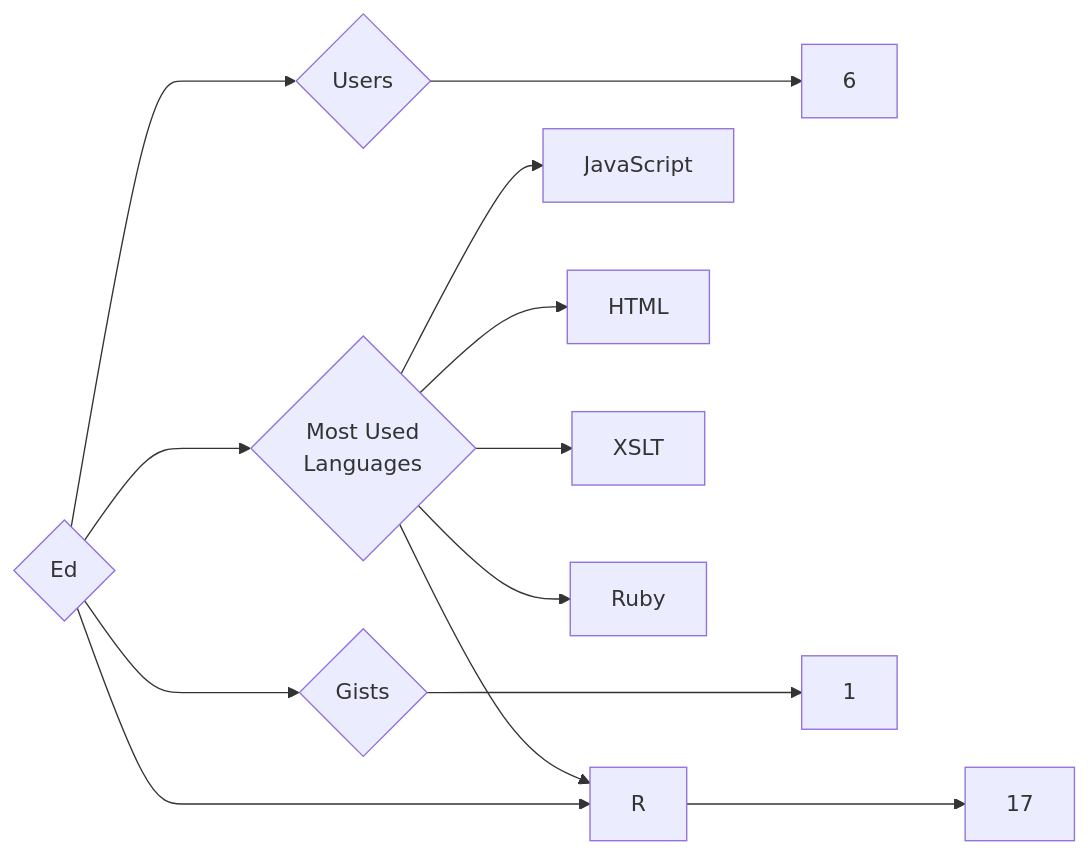
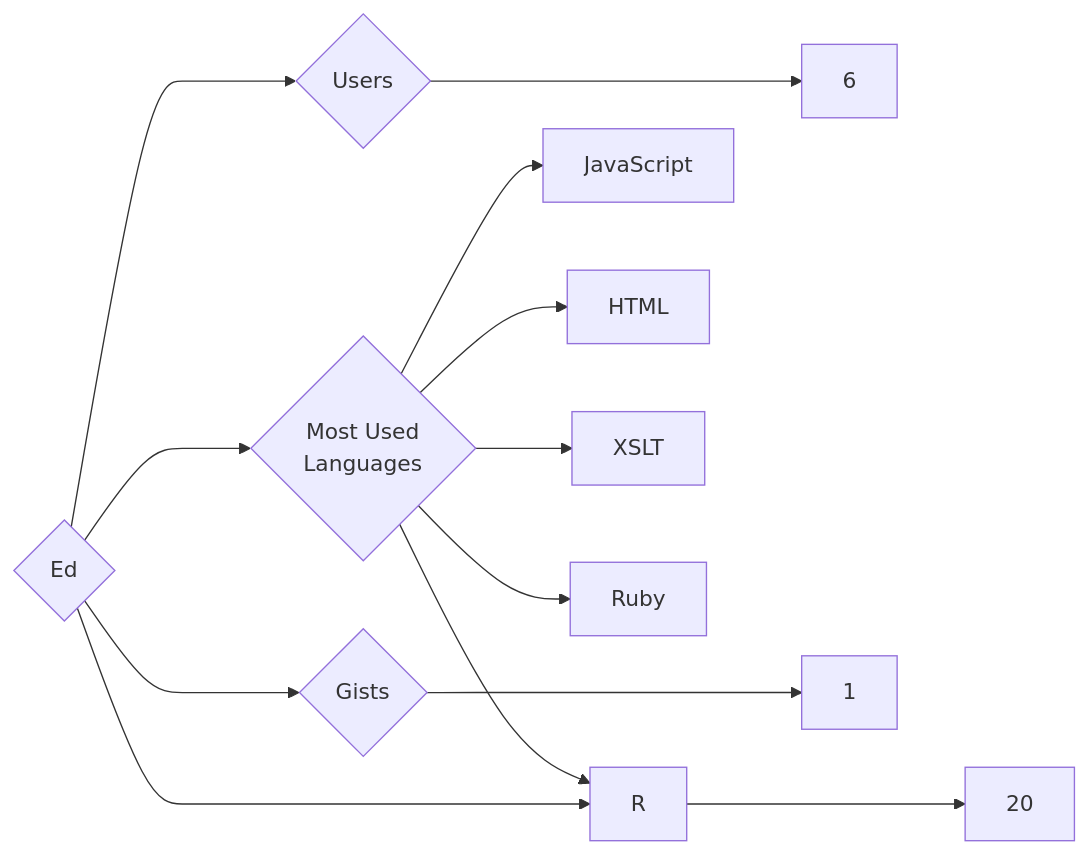
The diagram in targets/Ed/README.md (trickest/insiders), drawn with Mermaid before and after one commit. The commit also changed 933 other files, not shown here.

````diff
--- a/targets/Ed/README.md
+++ b/targets/Ed/README.md
@@ -3,13 +3,13 @@
 ```mermaid
 graph LR
 COMPANY_NAME{Ed}
 COMPANY_NAME ---> U{Users} ---> UN[6]
-COMPANY_NAME ---> R{Repositories} ---> RN[17]
+COMPANY_NAME ---> R{Repositories} ---> RN[20]
 COMPANY_NAME ---> G{Gists} ---> GN[1]
 COMPANY_NAME ---> ML{Most Used<br>Languages}
 ML --> JavaScript[JavaScript]
 ML --> R[R]
 ML --> HTML[HTML]
 ML --> XSLT[XSLT]
 ML --> Ruby[Ruby]
 ```
````
